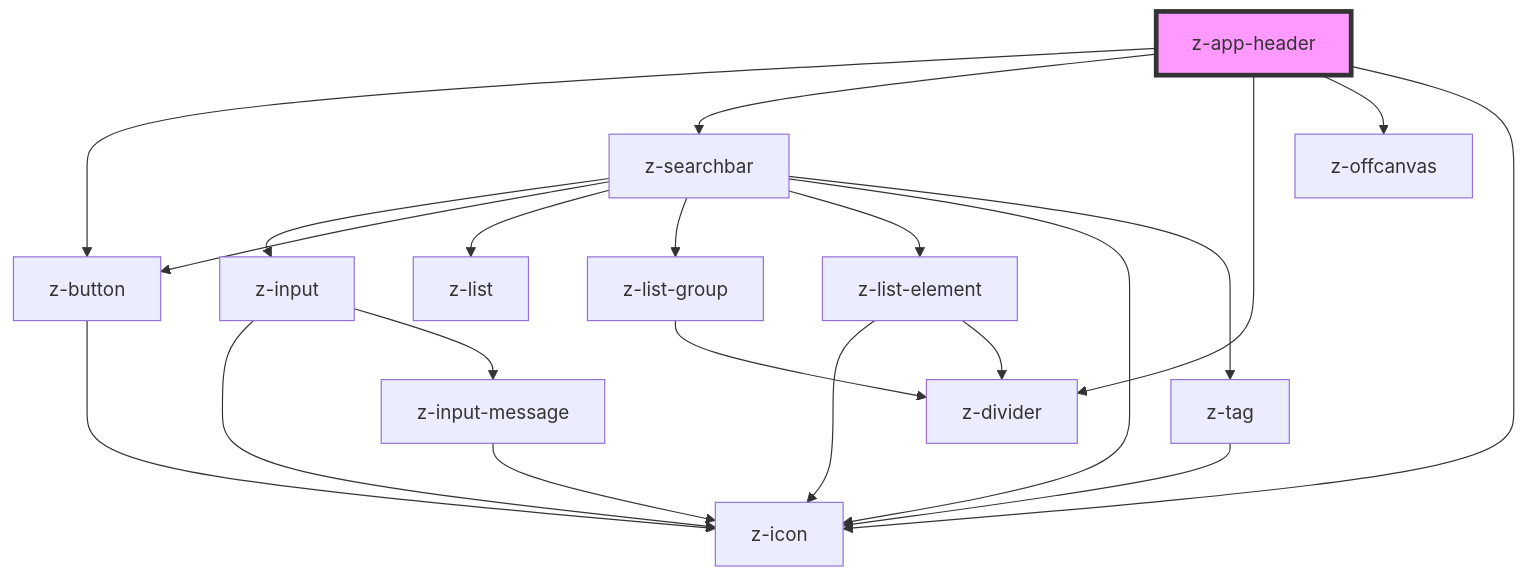
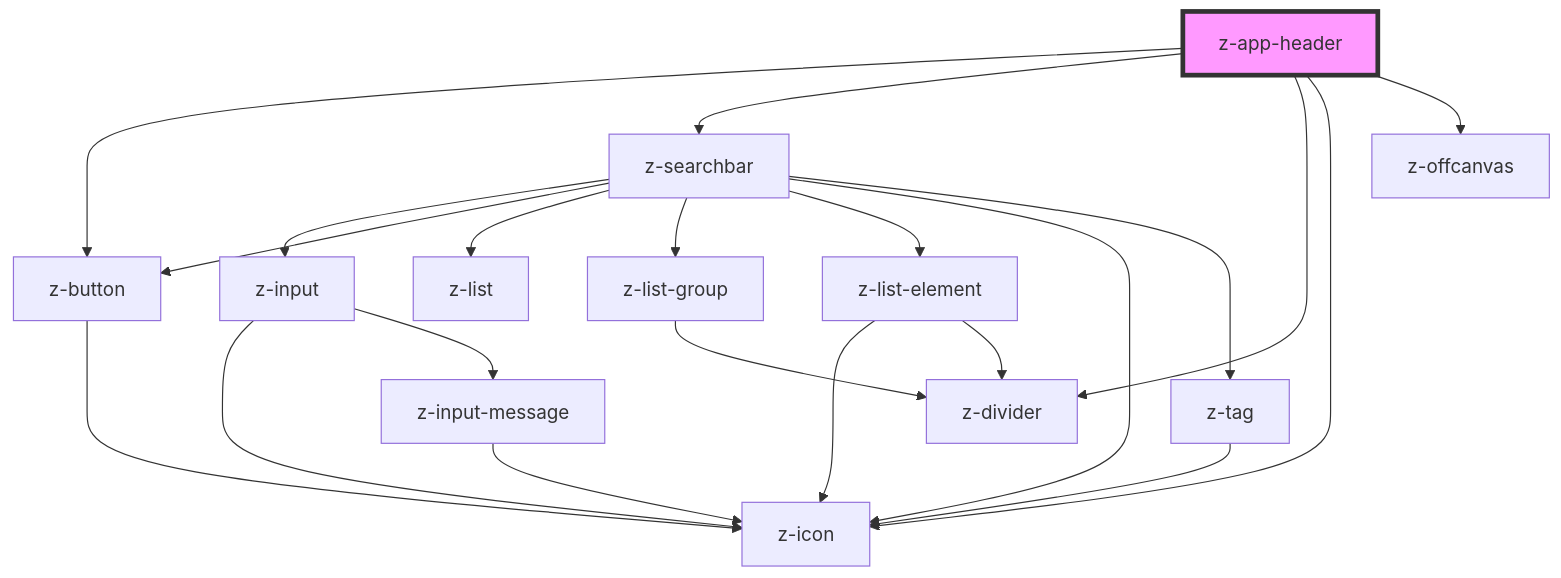
The diagram in src/components/z-app-header/readme.md (ZanichelliEditore/design-system), drawn with Mermaid before and after one commit. The commit also changed other lines of this file and 6 other files, not shown here.

Commit message:
feat: change prop flow to enableOffcanvas, remove useless css, wip stories

````diff
--- a/src/components/z-app-header/readme.md
+++ b/src/components/z-app-header/readme.md
@@ -48,24 +47,24 @@
 ```mermaid
 graph TD;
   z-app-header --> z-button
   z-app-header --> z-searchbar
   z-app-header --> z-divider
+  z-app-header --> z-icon
   z-app-header --> z-offcanvas
-  z-app-header --> z-icon
   z-button --> z-icon
   z-searchbar --> z-input
   z-searchbar --> z-button
   z-searchbar --> z-list
   z-searchbar --> z-list-group
   z-searchbar --> z-list-element
   z-searchbar --> z-icon
   z-searchbar --> z-tag
   z-input --> z-icon
   z-input --> z-input-message
   z-input-message --> z-icon
   z-list-group --> z-divider
   z-list-element --> z-icon
   z-list-element --> z-divider
   z-tag --> z-icon
   style z-app-header fill:#f9f,stroke:#333,stroke-width:4px
 ```
````
